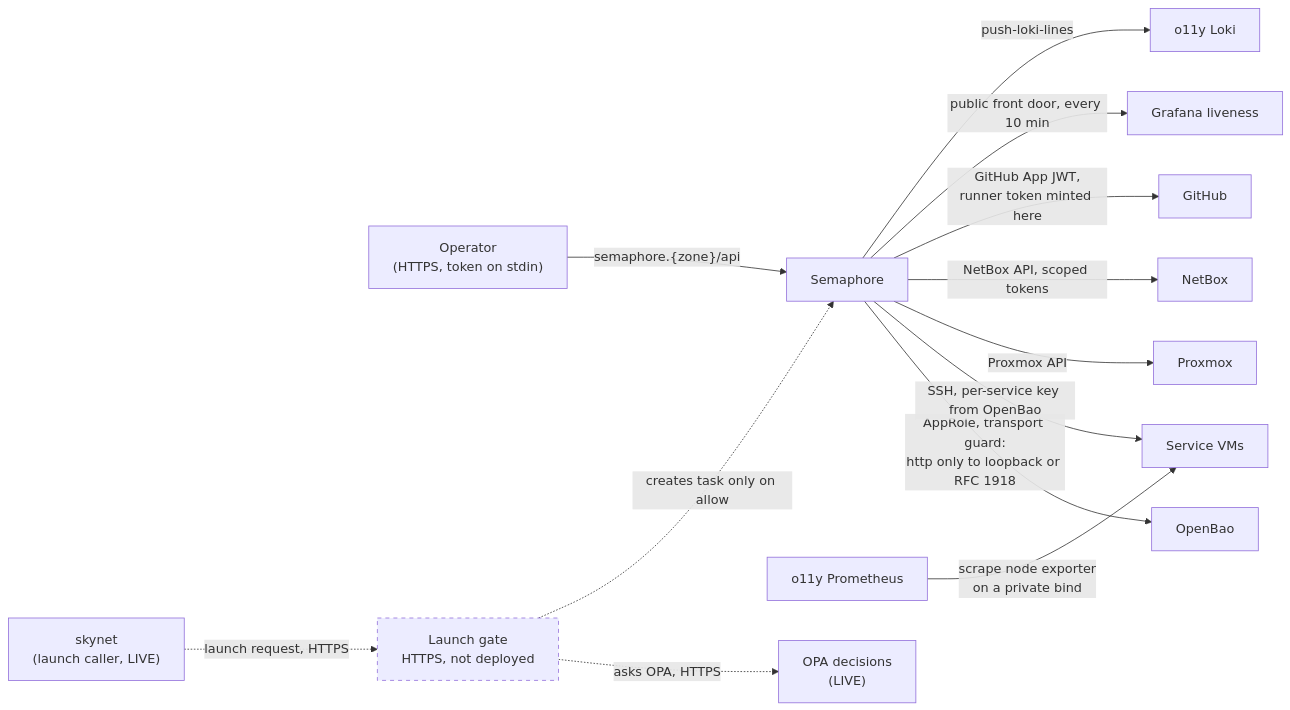
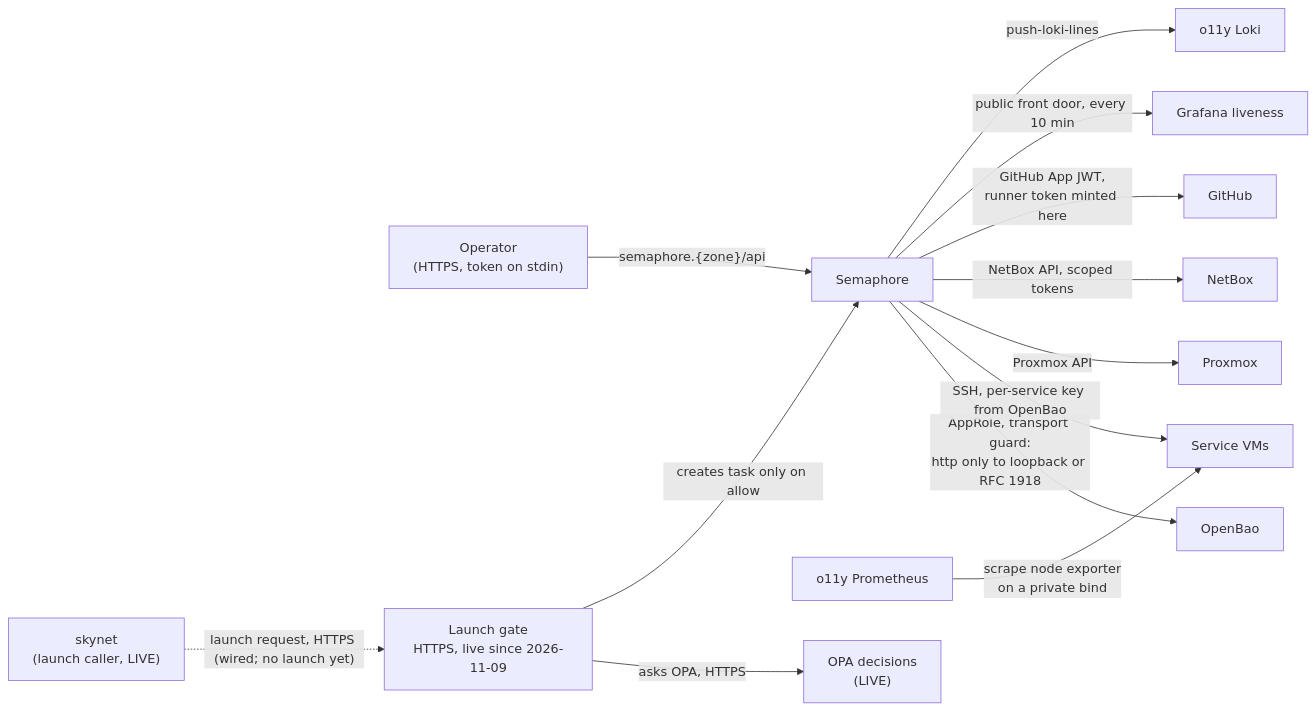
One commit to uhstray-io/agent-cloud changed diagram 11 of 14 in plan/architecture/network-architecture.md. Above: the diagram before and after it, drawn with Mermaid. The commit also changed other lines of this file and 34 other files, not shown here.

````diff
--- a/plan/architecture/network-architecture.md
+++ b/plan/architecture/network-architecture.md
@@ -485,16 +486,15 @@
 ```mermaid
 flowchart LR
     OP["Operator<br/>(HTTPS, token on stdin)"] -->|"semaphore.{zone}/api"| SEM["Semaphore"]
     SEM -->|"AppRole, transport guard:<br/>http only to loopback or RFC 1918"| BAO["OpenBao"]
     SEM -->|"SSH, per-service key from OpenBao"| VMS["Service VMs"]
     SEM -->|"Proxmox API"| PVE["Proxmox"]
     SEM -->|"NetBox API, scoped tokens"| NB["NetBox"]
     SEM -->|"GitHub App JWT,<br/>runner token minted here"| GH["GitHub"]
     SEM -->|"public front door, every 10 min"| GRAF["Grafana liveness"]
     PROM["o11y Prometheus"] -->|"scrape node exporter<br/>on a private bind"| VMS
     SEM -->|"push-loki-lines"| LOKI["o11y Loki"]
-    SKY["skynet<br/>(launch caller, LIVE)"] -.->|"launch request, HTTPS"| LG["Launch gate<br/>HTTPS, not deployed"]
-    LG -.->|"asks OPA, HTTPS"| OPA["OPA decisions<br/>(LIVE)"]
-    LG -.->|"creates task only on allow"| SEM
-    style LG stroke-dasharray: 5 5
+    SKY["skynet<br/>(launch caller, LIVE)"] -.->|"launch request, HTTPS (wired; no launch yet)"| LG["Launch gate<br/>HTTPS, live since 2026-11-09"]
+    LG -->|"asks OPA, HTTPS"| OPA["OPA decisions<br/>(LIVE)"]
+    LG -->|"creates task only on allow"| SEM
 ```
````
